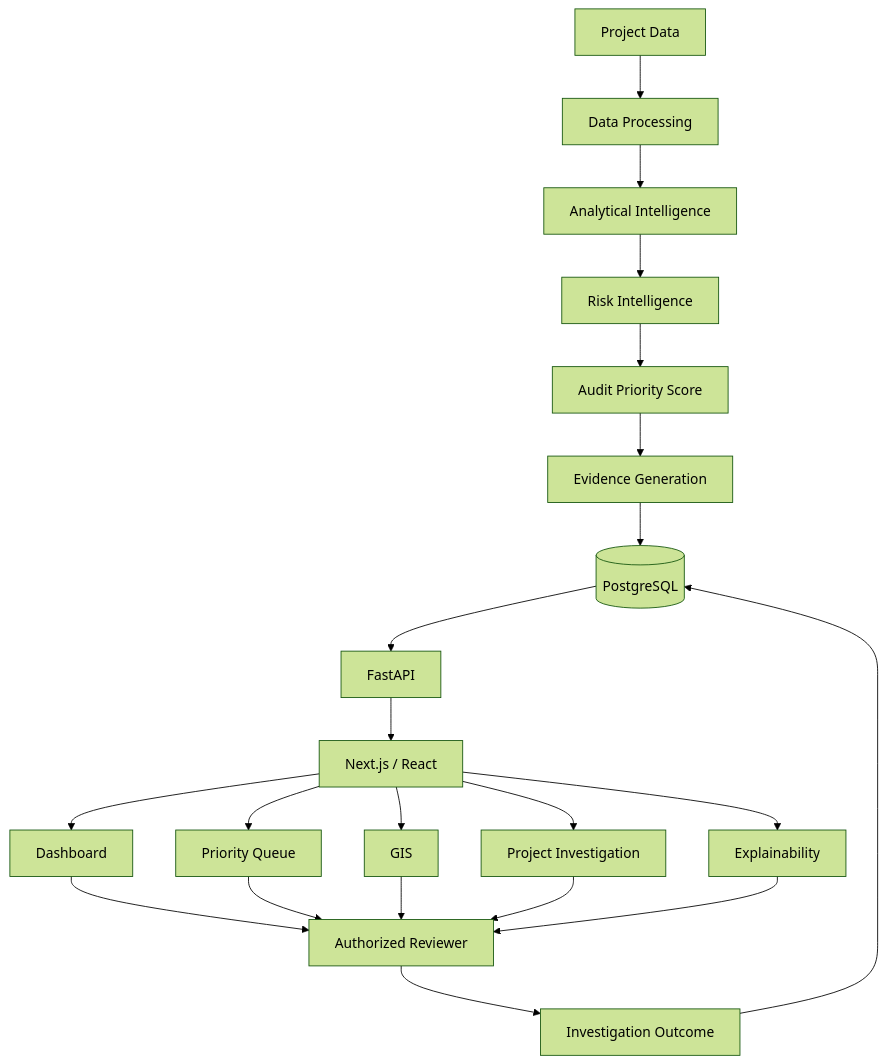
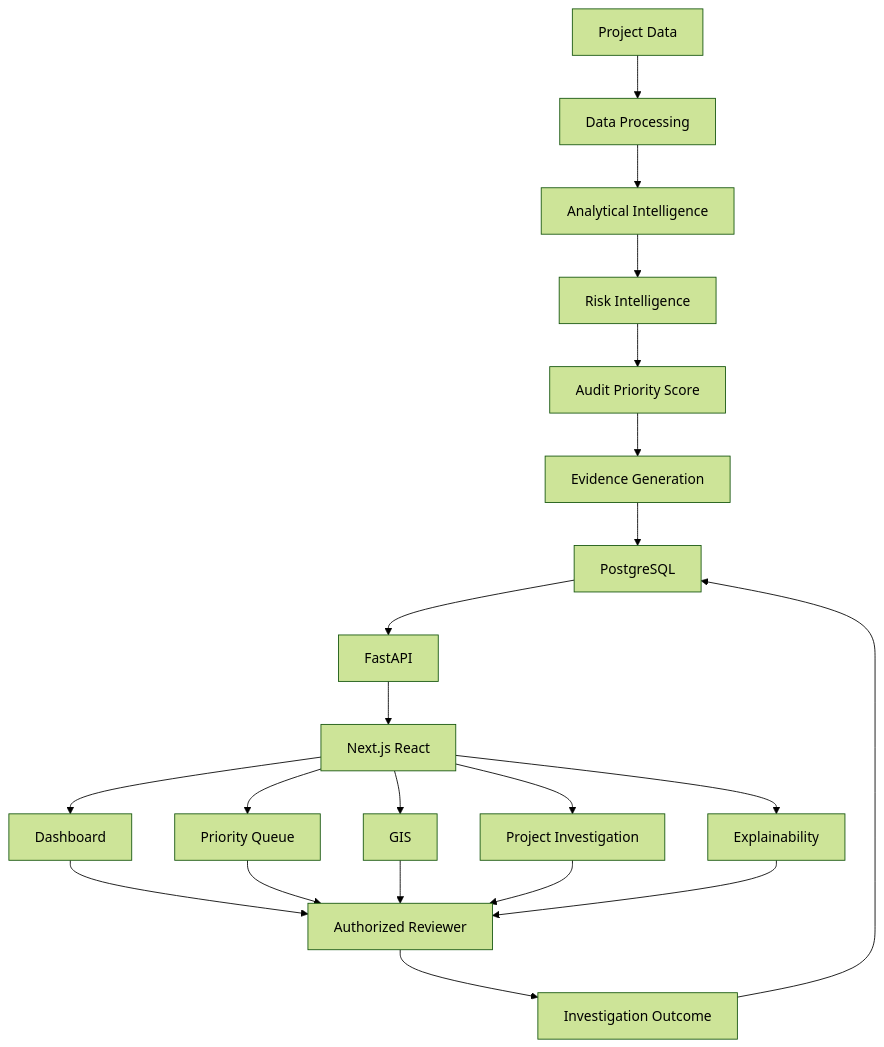
Diagram 11 of 17 in README.md (the-nidhi-bhat/mplads-sentinel), drawn with Mermaid (forest theme) before and after one commit. The commit also changed other lines of this file, not shown here.

````diff
--- a/README.md
+++ b/README.md
@@ -394,28 +394,28 @@
 ```mermaid
-flowchart TB
-    D["Project Data"] --> P["Data Processing"]
-    P --> A["Analytical Intelligence"]
-    A --> R["Risk Intelligence"]
-    R --> S["Audit Priority Score"]
-    S --> E["Evidence Generation"]
+graph TB
+    A[Project Data] --> B[Data Processing]
+    B --> C[Analytical Intelligence]
+    C --> D[Risk Intelligence]
+    D --> E[Audit Priority Score]
+    E --> F[Evidence Generation]
 
-    E --> DB[("PostgreSQL")]
+    F --> G[PostgreSQL]
 
-    DB --> API["FastAPI"]
-    API --> WEB["Next.js / React"]
+    G --> H[FastAPI]
+    H --> I[Next.js React]
 
-    WEB --> DASH["Dashboard"]
-    WEB --> QUEUE["Priority Queue"]
-    WEB --> MAP["GIS"]
-    WEB --> PROJECT["Project Investigation"]
-    WEB --> EXPLAIN["Explainability"]
+    I --> J[Dashboard]
+    I --> K[Priority Queue]
+    I --> L[GIS]
+    I --> M[Project Investigation]
+    I --> N[Explainability]
 
-    DASH --> REVIEW["Authorized Reviewer"]
-    QUEUE --> REVIEW
-    MAP --> REVIEW
-    PROJECT --> REVIEW
-    EXPLAIN --> REVIEW
+    J --> O[Authorized Reviewer]
+    K --> O
+    L --> O
+    M --> O
+    N --> O
 
-    REVIEW --> OUTCOME["Investigation Outcome"]
-    OUTCOME --> DB
+    O --> P[Investigation Outcome]
+    P --> G
 ```
````
